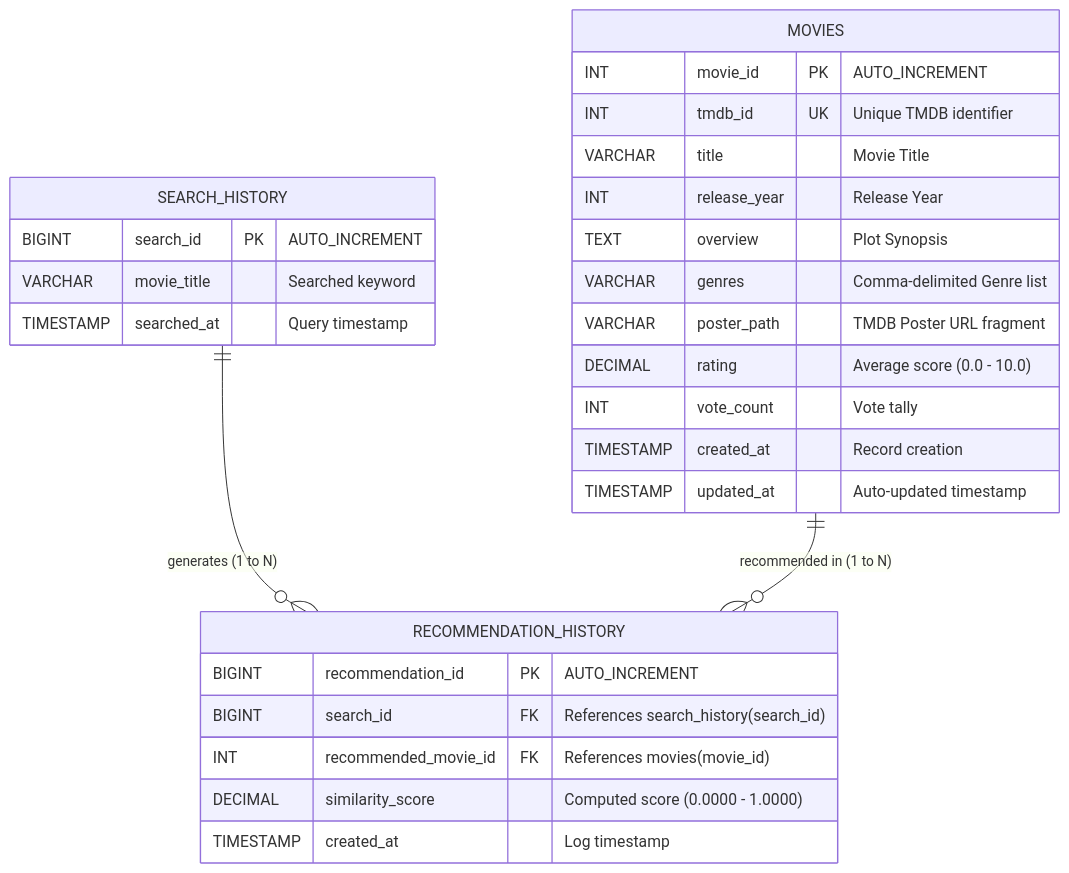
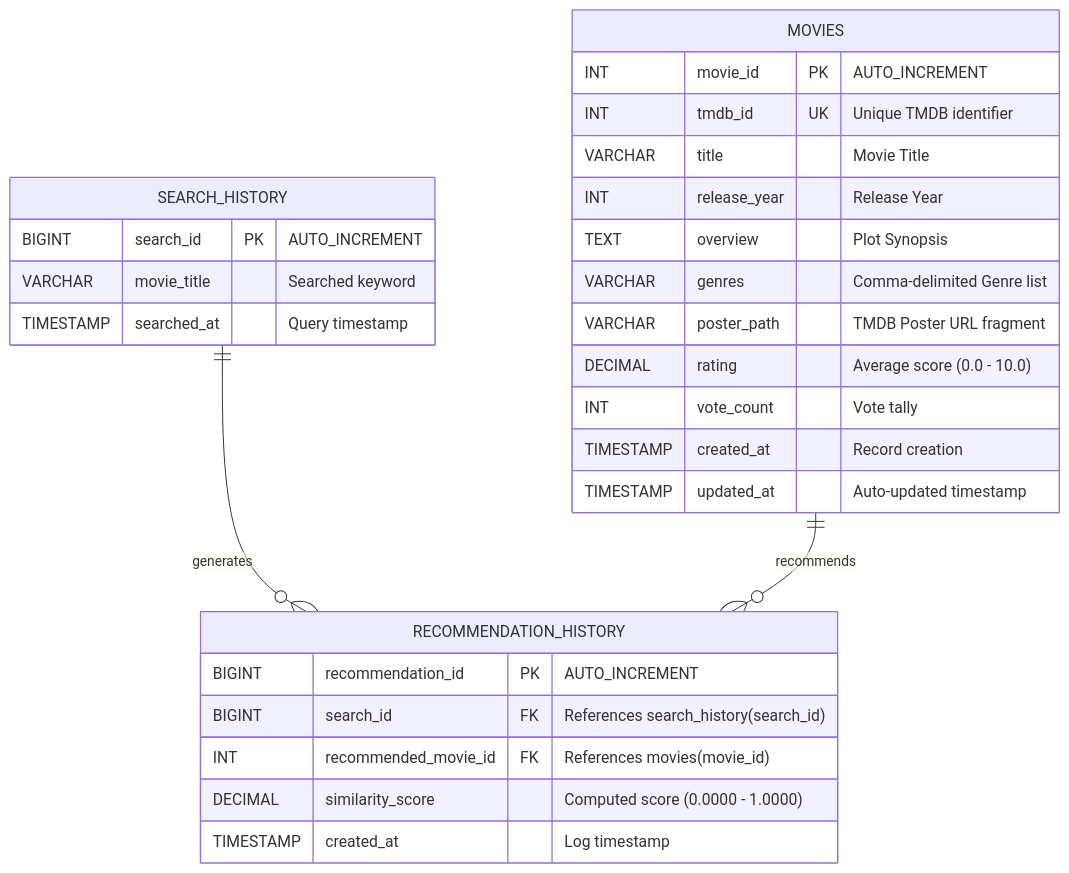
The third of 4 diagrams in README.md (Trishn112/java-project), drawn with Mermaid before and after one commit. The commit also changed other lines of this file, not shown here.

Commit message:
fix(docs): resolve Mermaid syntax parse error in architecture and class diagrams

````diff
--- a/README.md
+++ b/README.md
@@ -258,33 +258,33 @@
 ```mermaid
 erDiagram
     MOVIES {
         INT movie_id PK "AUTO_INCREMENT"
         INT tmdb_id UK "Unique TMDB identifier"
         VARCHAR title "Movie Title"
         INT release_year "Release Year"
         TEXT overview "Plot Synopsis"
         VARCHAR genres "Comma-delimited Genre list"
         VARCHAR poster_path "TMDB Poster URL fragment"
         DECIMAL rating "Average score (0.0 - 10.0)"
         INT vote_count "Vote tally"
         TIMESTAMP created_at "Record creation"
         TIMESTAMP updated_at "Auto-updated timestamp"
     }
 
     SEARCH_HISTORY {
         BIGINT search_id PK "AUTO_INCREMENT"
         VARCHAR movie_title "Searched keyword"
         TIMESTAMP searched_at "Query timestamp"
     }
 
     RECOMMENDATION_HISTORY {
         BIGINT recommendation_id PK "AUTO_INCREMENT"
         BIGINT search_id FK "References search_history(search_id)"
         INT recommended_movie_id FK "References movies(movie_id)"
         DECIMAL similarity_score "Computed score (0.0000 - 1.0000)"
         TIMESTAMP created_at "Log timestamp"
     }
 
-    SEARCH_HISTORY ||--o{ RECOMMENDATION_HISTORY : "generates (1 to N)"
-    MOVIES ||--o{ RECOMMENDATION_HISTORY : "recommended in (1 to N)"
+    SEARCH_HISTORY ||--o{ RECOMMENDATION_HISTORY : "generates"
+    MOVIES ||--o{ RECOMMENDATION_HISTORY : "recommends"
 ```
````
